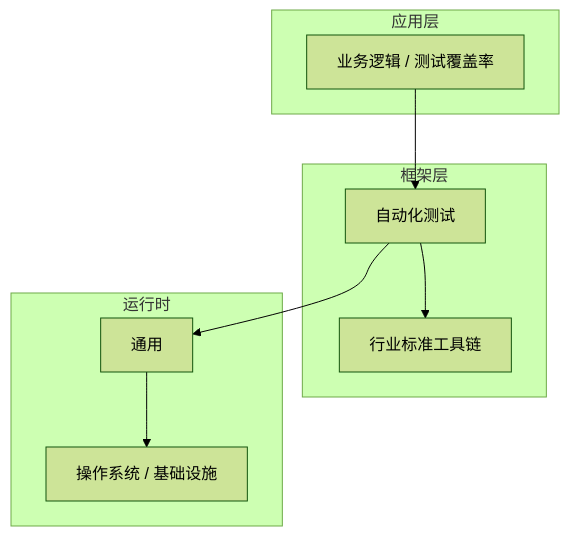
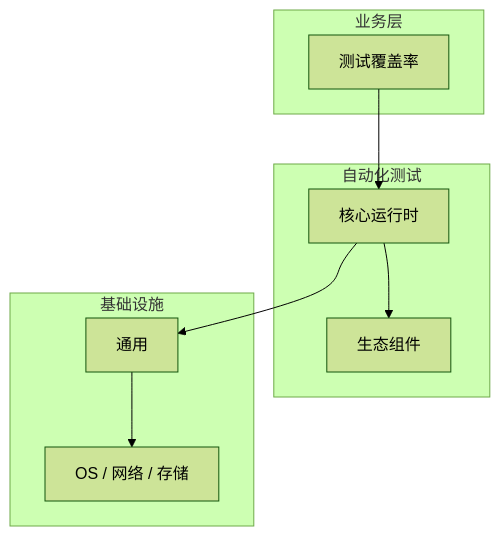
Before and after one commit to yanggan2015/knowledge-json-v2: the diagram in articles/自动化测试/chapters/077-测试覆盖率核心概念与原理.md, drawn with Mermaid (forest theme). The commit also changed other lines of this file and 10127 other files, not shown here.

````diff
--- a/articles/自动化测试/chapters/077-测试覆盖率核心概念与原理.md
+++ b/articles/自动化测试/chapters/077-测试覆盖率核心概念与原理.md
@@ -45,18 +34,18 @@
 ```mermaid
 graph TB
-    subgraph 应用层
-        A[业务逻辑 / 测试覆盖率]
+    subgraph 业务层
+        A[测试覆盖率]
     end
-    subgraph 框架层
-        B[自动化测试]
-        C[行业标准工具链]
+    subgraph 自动化测试
+        B[核心运行时]
+        C[生态组件]
     end
-    subgraph 运行时
+    subgraph 基础设施
         D[通用]
-        E[操作系统 / 基础设施]
+        E[OS / 网络 / 存储]
     end
     A --> B
     B --> C
     B --> D
     D --> E
 ```
````
